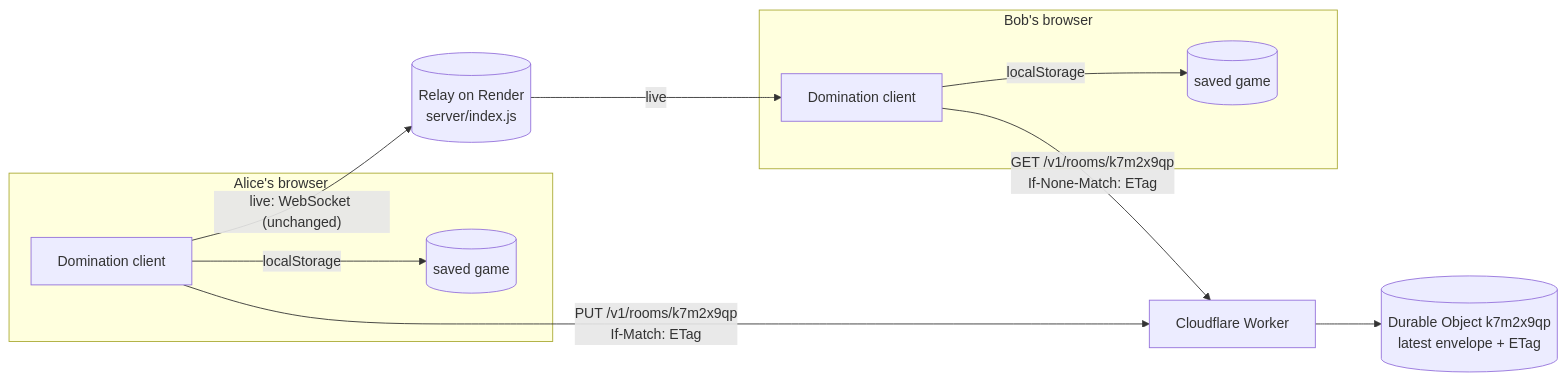
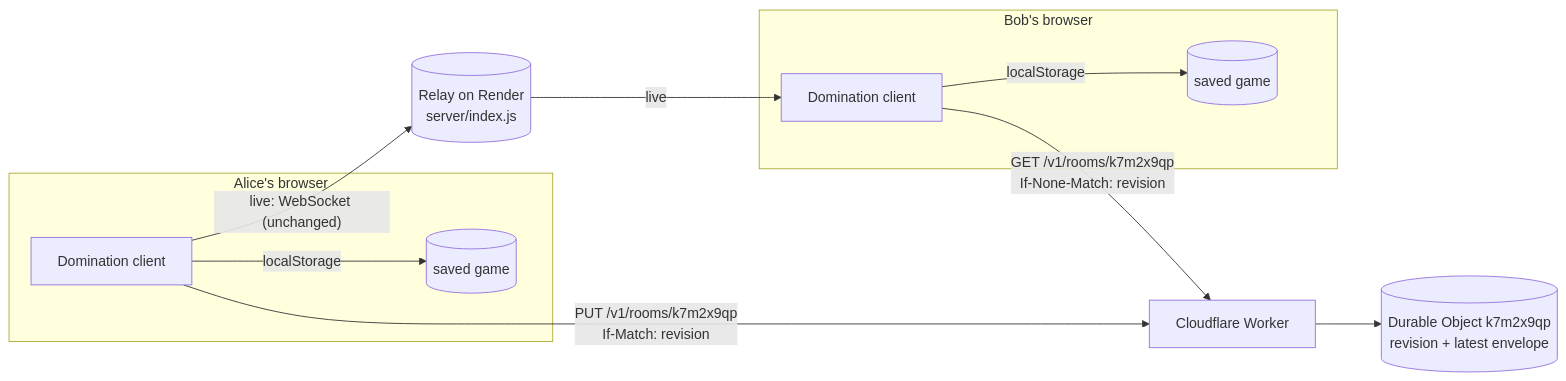
The first of 2 diagrams in docs/2026-11-03-async-play-design.md (bagrounds/domination), drawn with Mermaid before and after one commit. The commit also changed other lines of this file and 2 other files, not shown here.

````diff
--- a/docs/2026-11-03-async-play-design.md
+++ b/docs/2026-11-03-async-play-design.md
@@ -222,14 +228,14 @@
 ```mermaid
 flowchart LR
   subgraph AliceBrowser["Alice's browser"]
     A[Domination client] -->|localStorage| AS[(saved game)]
   end
   subgraph BobBrowser["Bob's browser"]
     B[Domination client] -->|localStorage| BS[(saved game)]
   end
   A -- "live: WebSocket (unchanged)" --> R[("Relay on Render<br/>server/index.js")]
   R -- live --> B
-  A -- "PUT /v1/rooms/k7m2x9qp<br/>If-Match: ETag" --> W[Cloudflare Worker]
-  B -- "GET /v1/rooms/k7m2x9qp<br/>If-None-Match: ETag" --> W
-  W --> DO[("Durable Object k7m2x9qp<br/>latest envelope + ETag")]
+  A -- "PUT /v1/rooms/k7m2x9qp<br/>If-Match: revision" --> W[Cloudflare Worker]
+  B -- "GET /v1/rooms/k7m2x9qp<br/>If-None-Match: revision" --> W
+  W --> DO[("Durable Object k7m2x9qp<br/>revision + latest envelope")]
 ```
````
